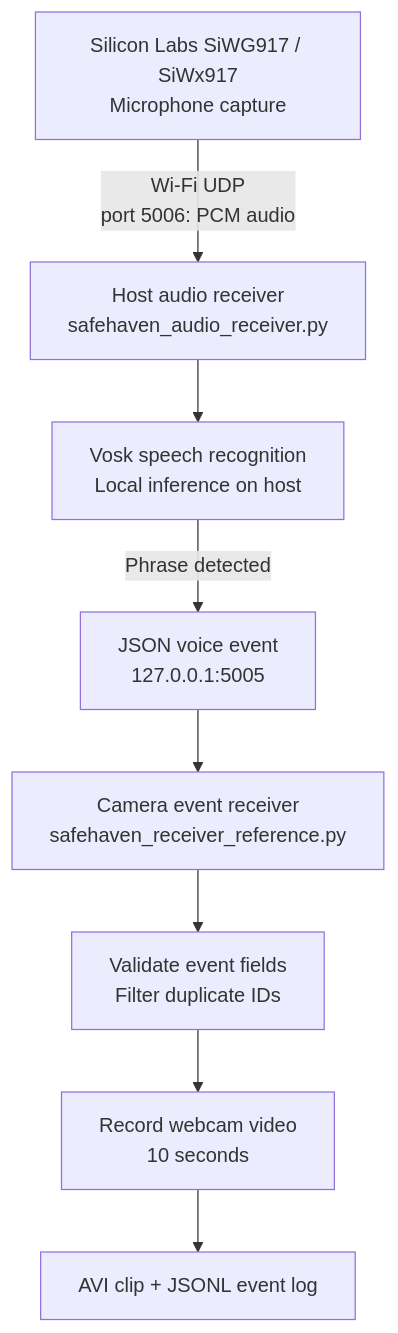
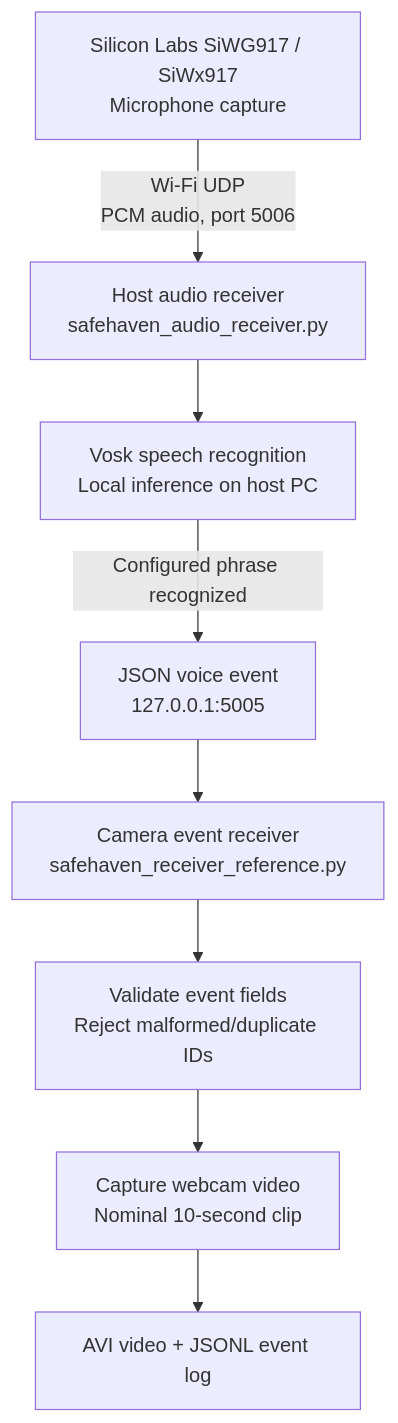
The diagram in README.md (muralikrishnapalisetti/SiWG917-SafeHaven), drawn with Mermaid before and after one commit. The commit also changed other lines of this file, not shown here.

````diff
--- a/README.md
+++ b/README.md
@@ -41,10 +136,10 @@
 ```mermaid
 flowchart TD
-    A["Silicon Labs SiWG917 / SiWx917<br/>Microphone capture"] -->|"Wi-Fi UDP<br/>port 5006: PCM audio"| B["Host audio receiver<br/>safehaven_audio_receiver.py"]
-    B --> C["Vosk speech recognition<br/>Local inference on host"]
-    C -->|"Phrase detected"| D["JSON voice event<br/>127.0.0.1:5005"]
+    A["Silicon Labs SiWG917 / SiWx917<br/>Microphone capture"] -->|"Wi-Fi UDP<br/>PCM audio, port 5006"| B["Host audio receiver<br/>safehaven_audio_receiver.py"]
+    B --> C["Vosk speech recognition<br/>Local inference on host PC"]
+    C -->|"Configured phrase recognized"| D["JSON voice event<br/>127.0.0.1:5005"]
     D --> E["Camera event receiver<br/>safehaven_receiver_reference.py"]
-    E --> F["Validate event fields<br/>Filter duplicate IDs"]
-    F --> G["Record webcam video<br/>10 seconds"]
-    G --> H["AVI clip + JSONL event log"]
+    E --> F["Validate event fields<br/>Reject malformed/duplicate IDs"]
+    F --> G["Capture webcam video<br/>Nominal 10-second clip"]
+    G --> H["AVI video + JSONL event log"]
 ```
````
